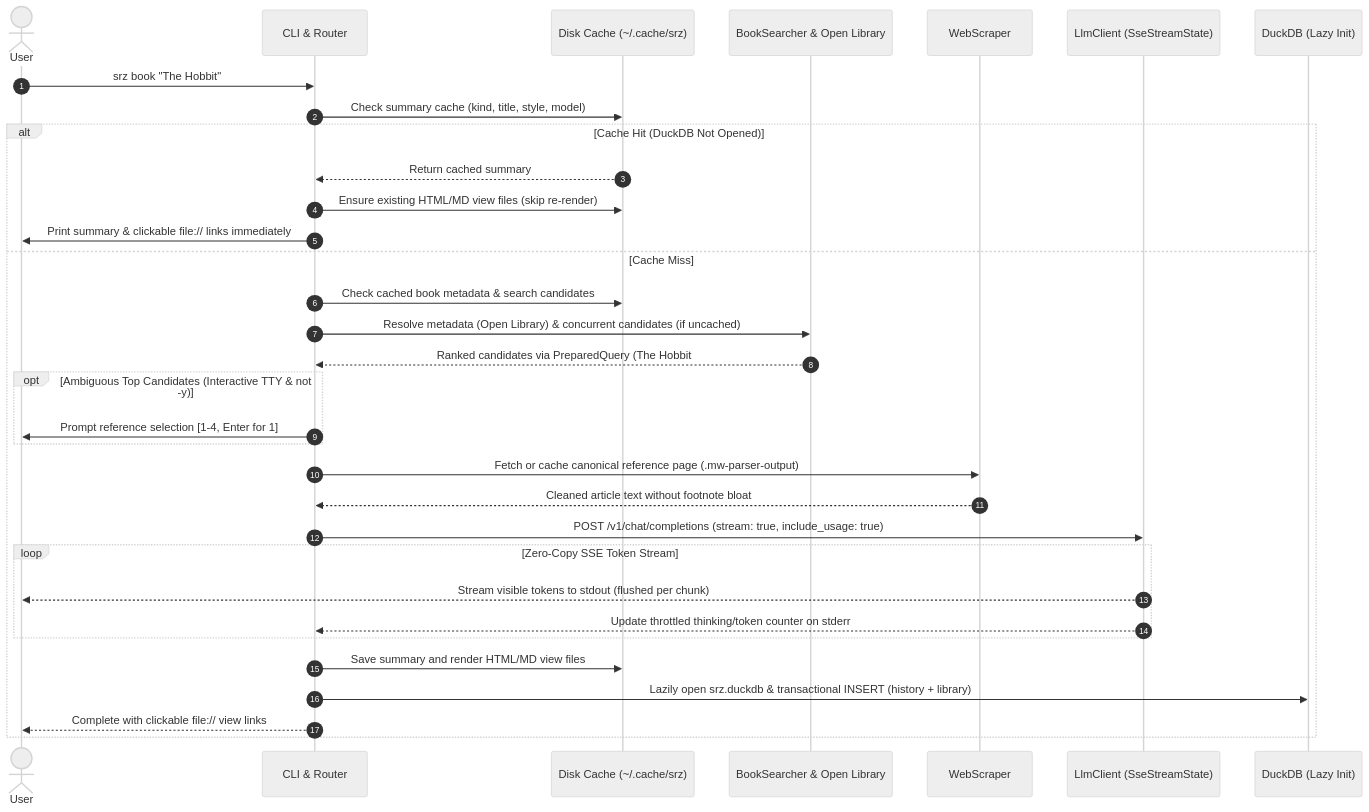
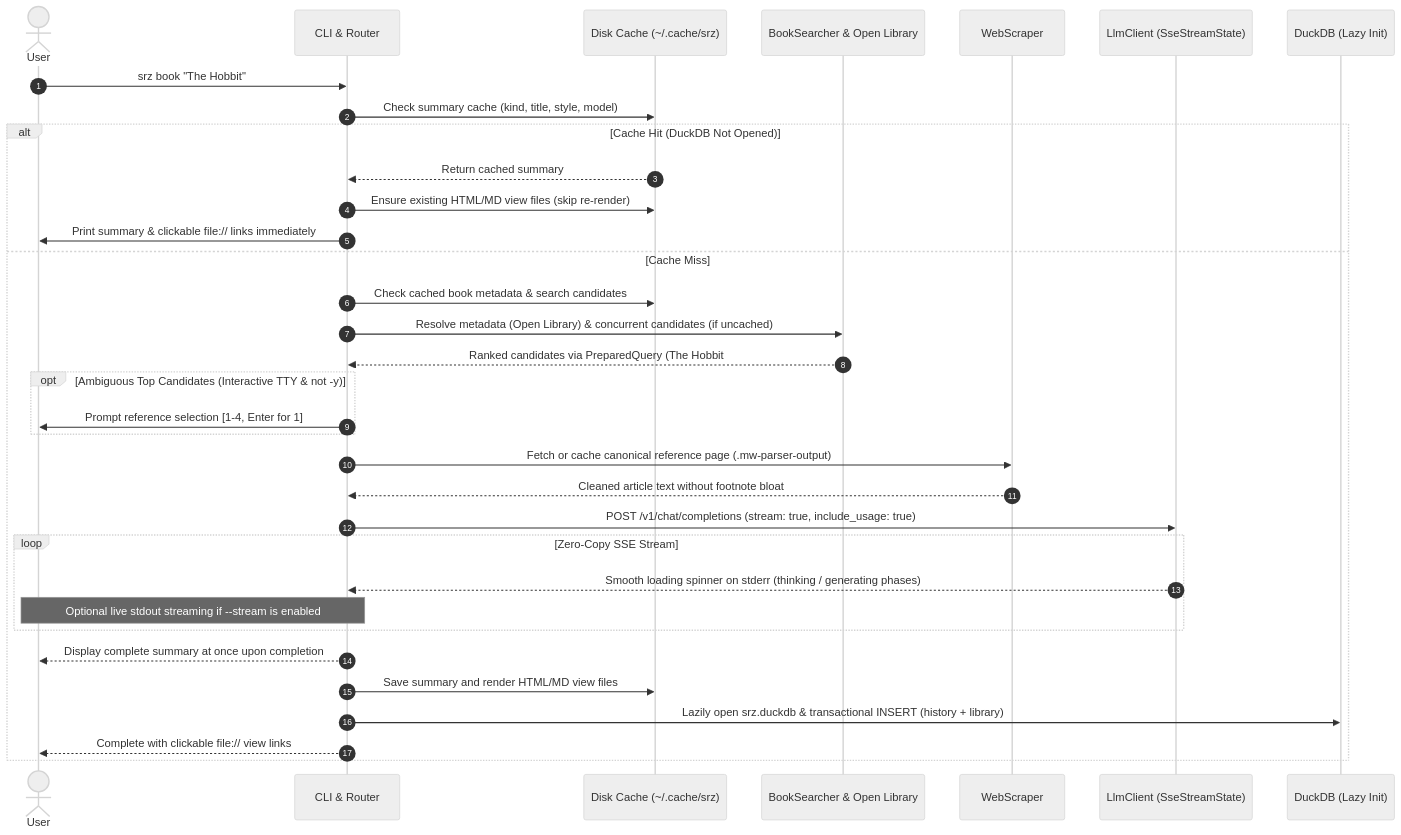
One commit to NewGuy012/srz changed the second of 3 diagrams in OVERVIEW.md. Above: the diagram before and after it, drawn with Mermaid (neutral theme). The commit also changed 7 other files, not shown here.

Commit message:
feat: buffer summary by default with clean spinner and add --stream flag

````diff
--- a/OVERVIEW.md
+++ b/OVERVIEW.md
@@ -58,36 +58,37 @@
 ```mermaid
 sequenceDiagram
     autonumber
     actor User
     participant CLI as CLI & Router
     participant Cache as Disk Cache (~/.cache/srz)
     participant Search as BookSearcher & Open Library
     participant Scraper as WebScraper
     participant LLM as LlmClient (SseStreamState)
     participant DB as DuckDB (Lazy Init)
 
     User->>CLI: srz book "The Hobbit"
     CLI->>Cache: Check summary cache (kind, title, style, model)
     alt Cache Hit (DuckDB Not Opened)
         Cache-->>CLI: Return cached summary
         CLI->>Cache: Ensure existing HTML/MD view files (skip re-render)
         CLI->>User: Print summary & clickable file:// links immediately
     else Cache Miss
         CLI->>Cache: Check cached book metadata & search candidates
         CLI->>Search: Resolve metadata (Open Library) & concurrent candidates (if uncached)
         Search-->>CLI: Ranked candidates via PreparedQuery (The Hobbit #1, Score: 115)
         opt Ambiguous Top Candidates (Interactive TTY & not -y)
             CLI->>User: Prompt reference selection [1-4, Enter for 1]
         end
         CLI->>Scraper: Fetch or cache canonical reference page (.mw-parser-output)
         Scraper-->>CLI: Cleaned article text without footnote bloat
         CLI->>LLM: POST /v1/chat/completions (stream: true, include_usage: true)
-        loop Zero-Copy SSE Token Stream
-            LLM-->>User: Stream visible tokens to stdout (flushed per chunk)
-            LLM-->>CLI: Update throttled thinking/token counter on stderr
+        loop Zero-Copy SSE Stream
+            LLM-->>CLI: Smooth loading spinner on stderr (thinking / generating phases)
+            Note over CLI,User: Optional live stdout streaming if --stream is enabled
         end
+        CLI-->>User: Display complete summary at once upon completion
         CLI->>Cache: Save summary and render HTML/MD view files
         CLI->>DB: Lazily open srz.duckdb & transactional INSERT (history + library)
         CLI-->>User: Complete with clickable file:// view links
     end
 ```
````
